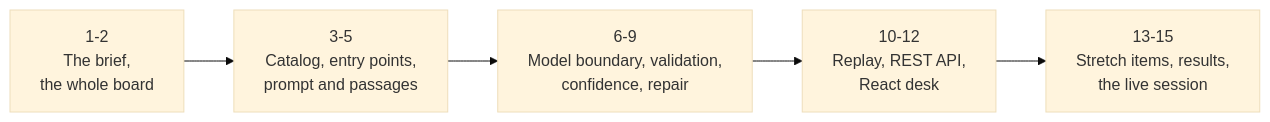
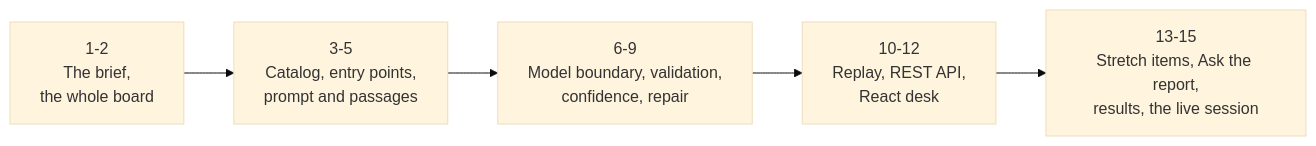
One commit to shubamchaudhary/CodeNITW changed the first of 5 diagrams in src/Data/projectsDocs/TGX-01.md. Above: the diagram before and after it, drawn with Mermaid (base theme). The commit also changed other lines of this file and 11 other files, not shown here.

````diff
--- a/src/Data/projectsDocs/TGX-01.md
+++ b/src/Data/projectsDocs/TGX-01.md
@@ -7,7 +7,7 @@
 ```mermaid
 flowchart LR
     A["1-2<br/>The brief,<br/>the whole board"] --> B["3-5<br/>Catalog, entry points,<br/>prompt and passages"]
     B --> C["6-9<br/>Model boundary, validation,<br/>confidence, repair"]
     C --> D["10-12<br/>Replay, REST API,<br/>React desk"]
-    D --> E["13-15<br/>Stretch items, results,<br/>the live session"]
+    D --> E["13-15<br/>Stretch items, Ask the report,<br/>results, the live session"]
 ```
````
